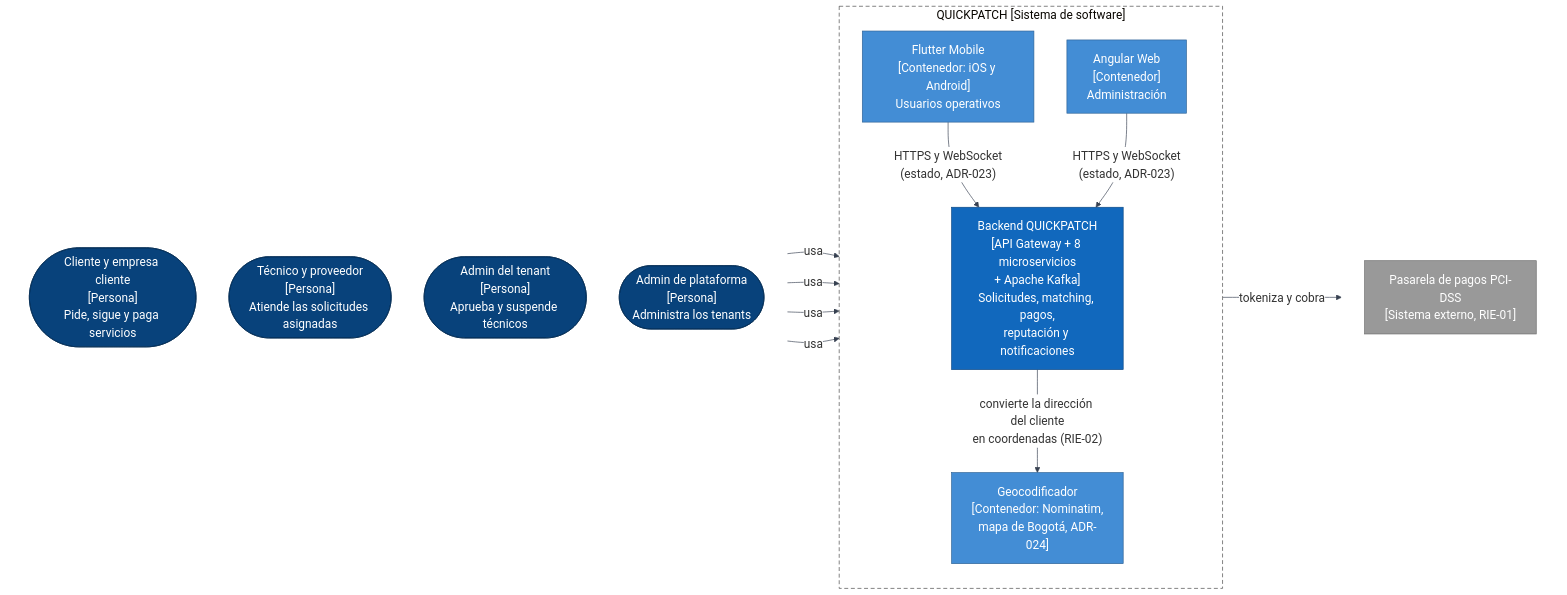
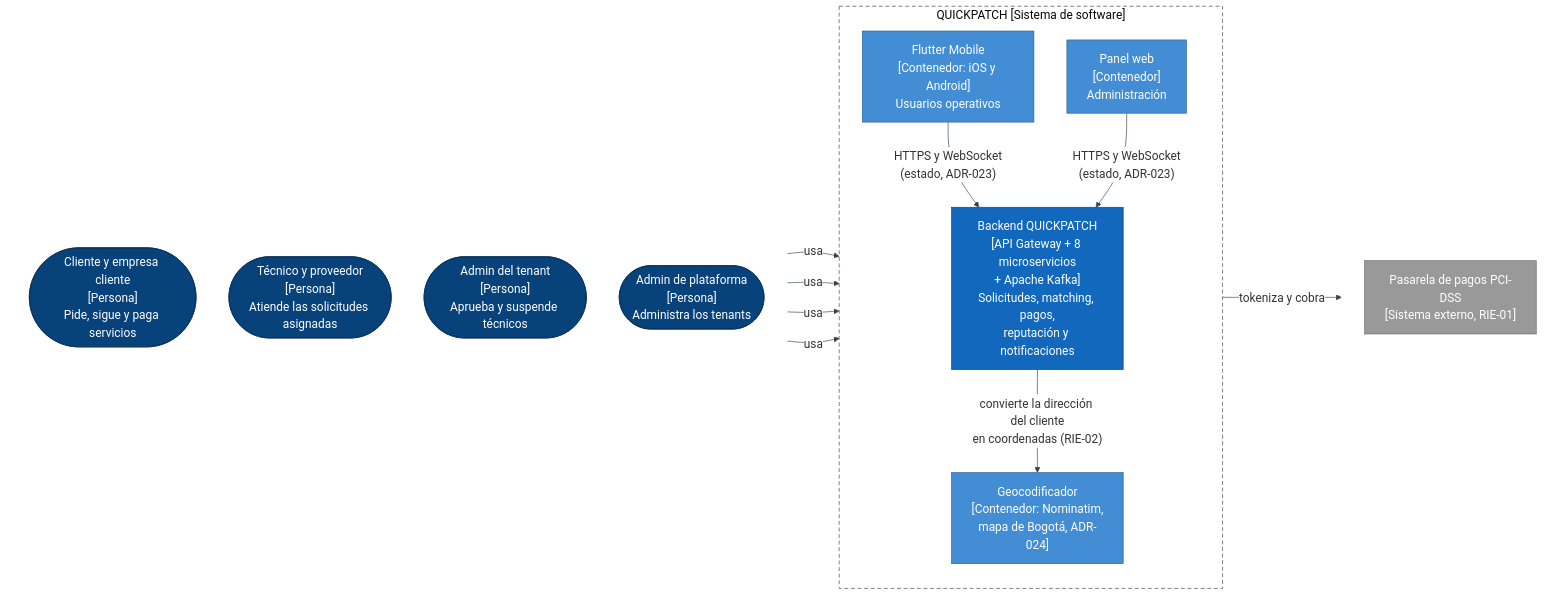
Before and after one commit to ARQUI-202630/quickpatch: the first of 4 diagrams in docs/architecture/SAD.md, drawn with Mermaid. The commit also changed other lines of this file and 5 other files, not shown here.

First line of the commit message:
docs(sdd): quitar Angular de los diagramas del SAD y del SDD (SCRUM-468)

````diff
--- a/docs/architecture/SAD.md
+++ b/docs/architecture/SAD.md
@@ -886,45 +886,45 @@
 ```mermaid
 %%{init: {'theme':'base','themeVariables':{'lineColor':'#374151','textColor':'#111827','edgeLabelBackground':'#ffffff','fontSize':'18px'}}}%%
 flowchart LR
     subgraph PER[" "]
         direction TB
         P1(["Cliente y empresa cliente<br/>[Persona]<br/>Pide, sigue y paga servicios"])
         P2(["Técnico y proveedor<br/>[Persona]<br/>Atiende las solicitudes asignadas"])
         P3(["Admin del tenant<br/>[Persona]<br/>Aprueba y suspende técnicos"])
         P4(["Admin de plataforma<br/>[Persona]<br/>Administra los tenants"])
     end
 
     subgraph SIS["QUICKPATCH [Sistema de software]"]
         direction TB
         MOB["Flutter Mobile<br/>[Contenedor: iOS y Android]<br/>Usuarios operativos"]
-        WEB["Angular Web<br/>[Contenedor]<br/>Administración"]
+        WEB["Panel web<br/>[Contenedor]<br/>Administración"]
         CORE["Backend QUICKPATCH<br/>[API Gateway + 8 microservicios<br/>+ Apache Kafka]<br/>Solicitudes, matching, pagos,<br/>reputación y notificaciones"]
         GEO["Geocodificador<br/>[Contenedor: Nominatim,<br/>mapa de Bogotá, ADR-024]"]
     end
 
     subgraph EXT[" "]
         direction TB
         PAY["Pasarela de pagos PCI-DSS<br/>[Sistema externo, RIE-01]"]
     end
 
     P1 -->|"usa"| MOB
     P2 -->|"usa"| MOB
     P3 -->|"usa"| WEB
     P4 -->|"usa"| WEB
     MOB -->|"HTTPS y WebSocket<br/>(estado, ADR-023)"| CORE
     WEB -->|"HTTPS y WebSocket<br/>(estado, ADR-023)"| CORE
     CORE -->|"tokeniza y cobra"| PAY
     CORE -->|"convierte la dirección del cliente<br/>en coordenadas (RIE-02)"| GEO
 
     classDef persona fill:#08427b,stroke:#052e56,color:#ffffff
     classDef contenedor fill:#438dd5,stroke:#2e6295,color:#ffffff
     classDef sistema fill:#1168bd,stroke:#0b4884,color:#ffffff
     classDef externo fill:#999999,stroke:#6b6b6b,color:#ffffff
     class P1,P2,P3,P4 persona
     class MOB,WEB,GEO contenedor
     class CORE sistema
     class PAY externo
     style PER fill:#ffffff,stroke:#ffffff
     style EXT fill:#ffffff,stroke:#ffffff
     style SIS fill:#ffffff,stroke:#444444,stroke-dasharray:6 4
 ```
````
